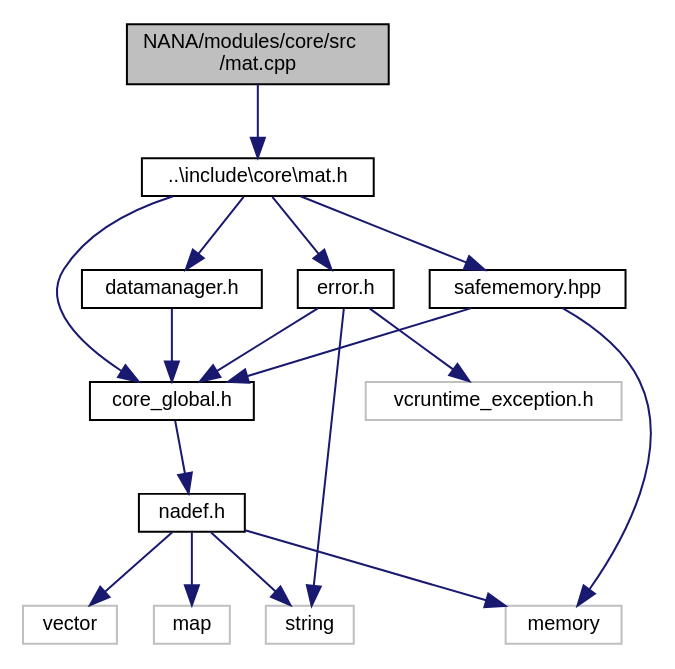
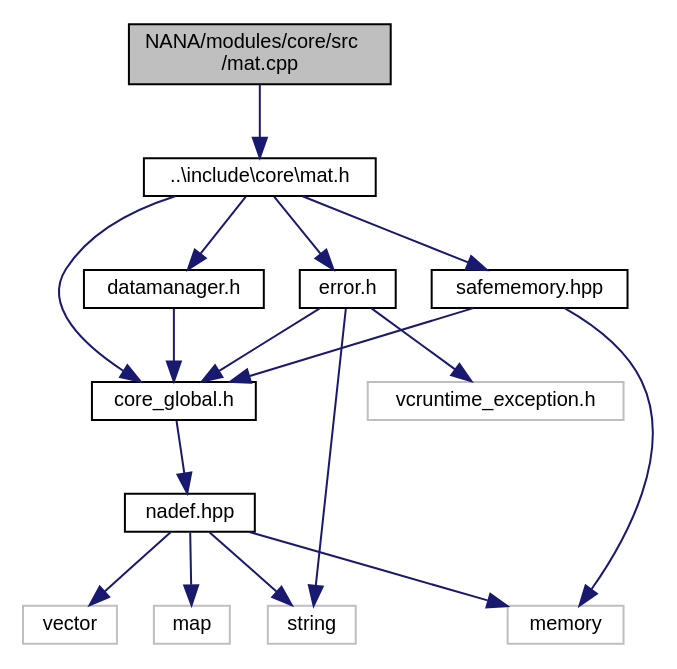
One commit to YuruTu/NANA changed the diagram in docs/mat_8cpp__incl.dot. Above: the diagram before and after it, drawn with Graphviz. The commit also changed 194 other files, not shown here.

```diff
--- a/docs/mat_8cpp__incl.dot
+++ b/docs/mat_8cpp__incl.dot
@@ -1,34 +1,34 @@
 digraph "NANA/modules/core/src/mat.cpp"
 {
  // LATEX_PDF_SIZE
   edge [fontname="Helvetica",fontsize="10",labelfontname="Helvetica",labelfontsize="10"];
   node [fontname="Helvetica",fontsize="10",shape=record];
   Node1 [label="NANA/modules/core/src\l/mat.cpp",height=0.2,width=0.4,color="black", fillcolor="grey75", style="filled", fontcolor="black",tooltip="实现Mat的相关功能"];
   Node1 -> Node2 [color="midnightblue",fontsize="10",style="solid",fontname="Helvetica"];
   Node2 [label="..\\include\\core\\mat.h",height=0.2,width=0.4,color="black", fillcolor="white", style="filled",URL="$mat_8h.html",tooltip="实现一个用于矩阵运算的模板类(仍在实现当中)"];
   Node2 -> Node3 [color="midnightblue",fontsize="10",style="solid",fontname="Helvetica"];
   Node3 [label="core_global.h",height=0.2,width=0.4,color="black", fillcolor="white", style="filled",URL="$core__global_8h.html",tooltip="全局头文件"];
   Node3 -> Node4 [color="midnightblue",fontsize="10",style="solid",fontname="Helvetica"];
-  Node4 [label="nadef.h",height=0.2,width=0.4,color="black", fillcolor="white", style="filled",URL="$nadef_8h.html",tooltip="数值分析所依赖的定义"];
+  Node4 [label="nadef.hpp",height=0.2,width=0.4,color="black", fillcolor="white", style="filled",URL="$nadef_8hpp_source.html",tooltip=" "];
   Node4 -> Node5 [color="midnightblue",fontsize="10",style="solid",fontname="Helvetica"];
   Node5 [label="vector",height=0.2,width=0.4,color="grey75", fillcolor="white", style="filled",tooltip=" "];
   Node4 -> Node6 [color="midnightblue",fontsize="10",style="solid",fontname="Helvetica"];
   Node6 [label="string",height=0.2,width=0.4,color="grey75", fillcolor="white", style="filled",tooltip=" "];
   Node4 -> Node7 [color="midnightblue",fontsize="10",style="solid",fontname="Helvetica"];
   Node7 [label="map",height=0.2,width=0.4,color="grey75", fillcolor="white", style="filled",tooltip=" "];
   Node4 -> Node8 [color="midnightblue",fontsize="10",style="solid",fontname="Helvetica"];
   Node8 [label="memory",height=0.2,width=0.4,color="grey75", fillcolor="white", style="filled",tooltip=" "];
   Node2 -> Node9 [color="midnightblue",fontsize="10",style="solid",fontname="Helvetica"];
   Node9 [label="error.h",height=0.2,width=0.4,color="black", fillcolor="white", style="filled",URL="$error_8h.html",tooltip="用于抛出异常"];
   Node9 -> Node3 [color="midnightblue",fontsize="10",style="solid",fontname="Helvetica"];
   Node9 -> Node10 [color="midnightblue",fontsize="10",style="solid",fontname="Helvetica"];
   Node10 [label="vcruntime_exception.h",height=0.2,width=0.4,color="grey75", fillcolor="white", style="filled",tooltip=" "];
   Node9 -> Node6 [color="midnightblue",fontsize="10",style="solid",fontname="Helvetica"];
   Node2 -> Node11 [color="midnightblue",fontsize="10",style="solid",fontname="Helvetica"];
   Node11 [label="datamanager.h",height=0.2,width=0.4,color="black", fillcolor="white", style="filled",URL="$datamanager_8h.html",tooltip="实现一个数据管理器"];
   Node11 -> Node3 [color="midnightblue",fontsize="10",style="solid",fontname="Helvetica"];
   Node2 -> Node12 [color="midnightblue",fontsize="10",style="solid",fontname="Helvetica"];
   Node12 [label="safememory.hpp",height=0.2,width=0.4,color="black", fillcolor="white", style="filled",URL="$safememory_8hpp.html",tooltip="实现安全的内存管理"];
   Node12 -> Node3 [color="midnightblue",fontsize="10",style="solid",fontname="Helvetica"];
   Node12 -> Node8 [color="midnightblue",fontsize="10",style="solid",fontname="Helvetica"];
 }
```
